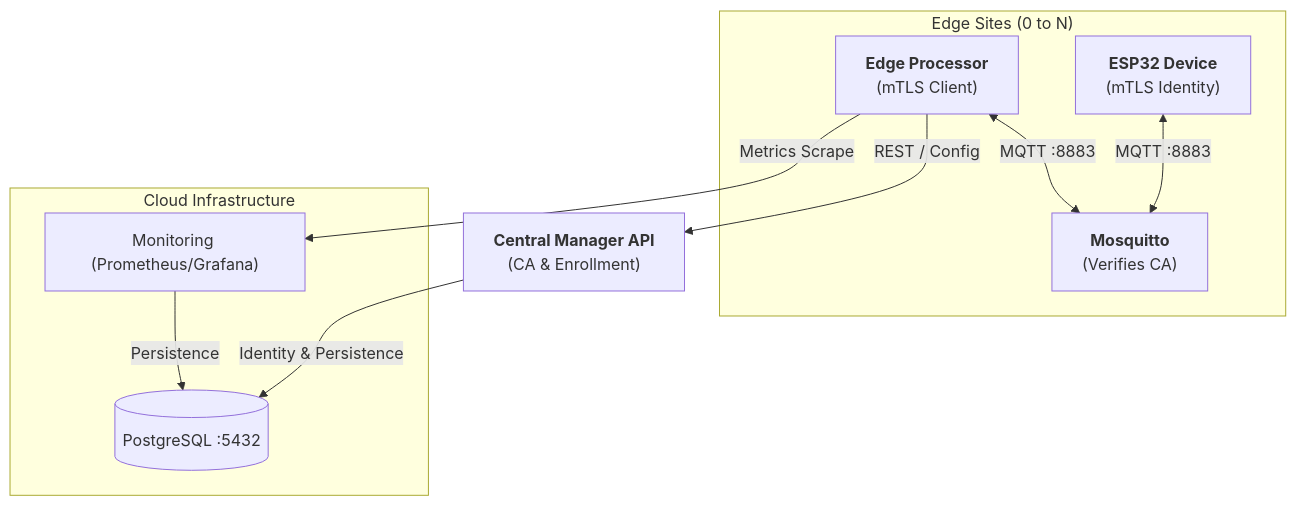
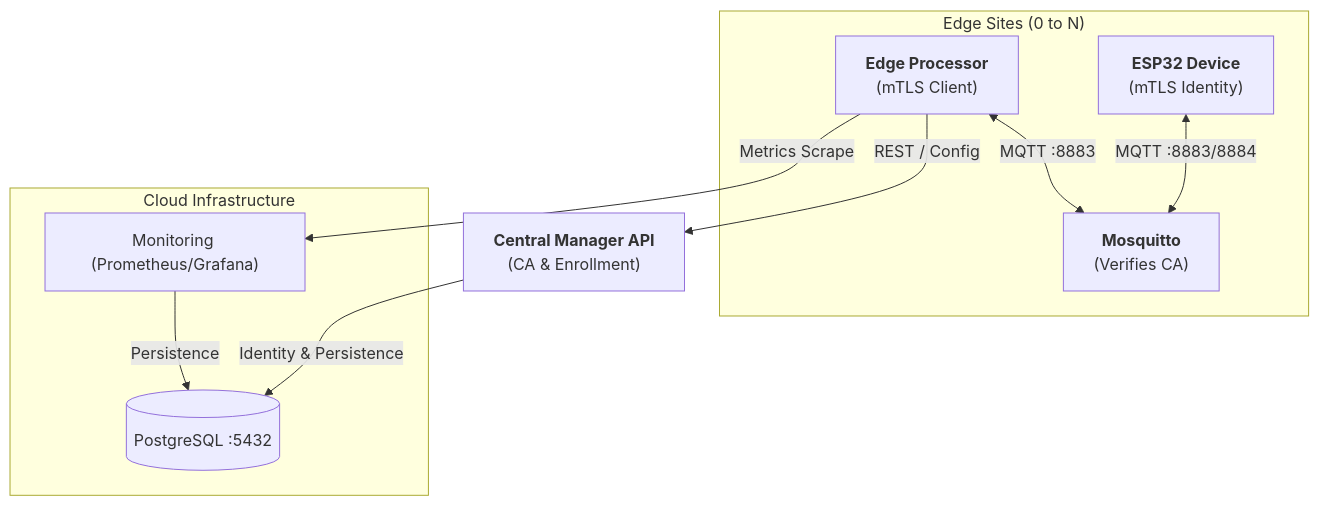
Before and after one commit to PEEMAI2004/CPE475: the first of 2 diagrams in Project/readme.md, drawn with Mermaid. The commit also changed other lines of this file and 3 other files, not shown here.

Commit message:
feat: implement zero-trust mTLS infrastructure with ESP32 certificate bootstrapping, NTP synchronization.

````diff
--- a/Project/readme.md
+++ b/Project/readme.md
@@ -24,18 +24,18 @@
 ```mermaid
 graph TD
     subgraph "Edge Sites (0 to N)"
-        ESP32["<b>ESP32 Device</b><br/>(mTLS Identity)"] <-->|MQTT :8883| Broker["<b>Mosquitto</b><br/>(Verifies CA)"]
+        ESP32["<b>ESP32 Device</b><br/>(mTLS Identity)"] <-->|MQTT :8883/8884| Broker["<b>Mosquitto</b><br/>(Verifies CA)"]
         Node["<b>Edge Processor</b><br/>(mTLS Client)"] <-->|MQTT :8883| Broker
     end
 
     Node -- "REST / Config" --> Manager["<b>Central Manager API</b><br/>(CA & Enrollment)"]
     
     subgraph "Cloud Infrastructure"
         DB[(PostgreSQL :5432)]
         Vis["Monitoring (Prometheus/Grafana)"]
     end
 
     Manager -- "Identity & Persistence" --> DB
     Node -- "Metrics Scrape" --> Vis
     Vis -- "Persistence" --> DB
 ```
````
